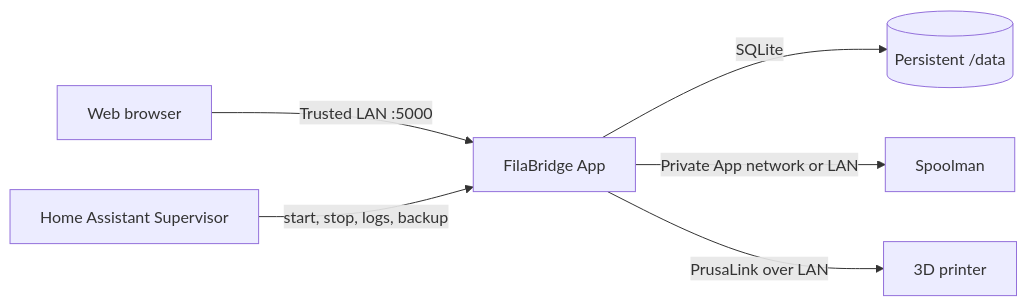
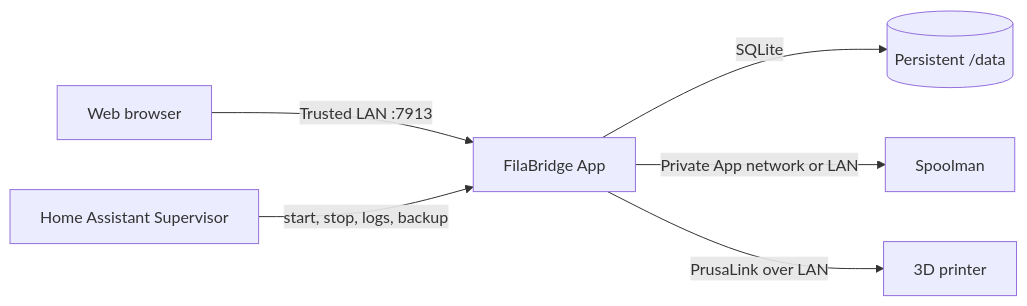
One commit to nebhale/ha-filabridge changed the diagram in README.md. Above: the diagram before and after it, drawn with Mermaid. The commit also changed other lines of this file and 3 other files, not shown here.

````diff
--- a/README.md
+++ b/README.md
@@ -24,8 +24,8 @@
 ```mermaid
 flowchart LR
-    Browser[Web browser] -->|Trusted LAN :5000| FilaBridge
+    Browser[Web browser] -->|Trusted LAN :7913| FilaBridge
     Supervisor[Home Assistant Supervisor] -->|start, stop, logs, backup| FilaBridge[FilaBridge App]
     FilaBridge -->|SQLite| Data[(Persistent /data)]
     FilaBridge -->|Private App network or LAN| Spoolman[Spoolman]
     FilaBridge -->|PrusaLink over LAN| Printer[3D printer]
 ```
````
